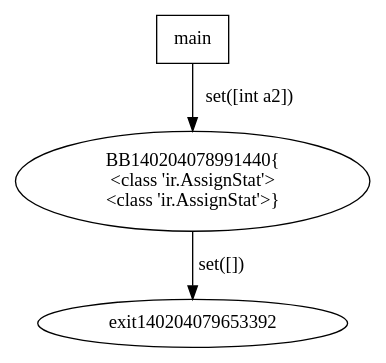
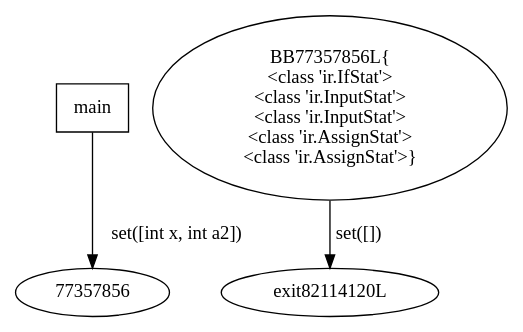
The diagram in cfg.dot (AloveIs/COT_lab), drawn with Graphviz before and after one commit. The commit also changed 10 other files, not shown here.

```diff
--- a/cfg.dot
+++ b/cfg.dot
@@ -1,6 +1,6 @@
 digraph G {
-140204078991440 [label="BB140204078991440{\n<class 'ir.AssignStat'>\n<class 'ir.AssignStat'>}"];
-140204078991440 -> exit140204079653392 [label="set([])"];
+77357856L [label="BB77357856L{\n<class 'ir.IfStat'>\n<class 'ir.InputStat'>\n<class 'ir.InputStat'>\n<class 'ir.AssignStat'>\n<class 'ir.AssignStat'>}"];
+77357856L -> exit82114120L [label="set([])"];
 main [shape=box];
-main -> 140204078991440 [label="set([int a2])"];
+main -> 77357856 [label="set([int x, int a2])"];
 }
```
